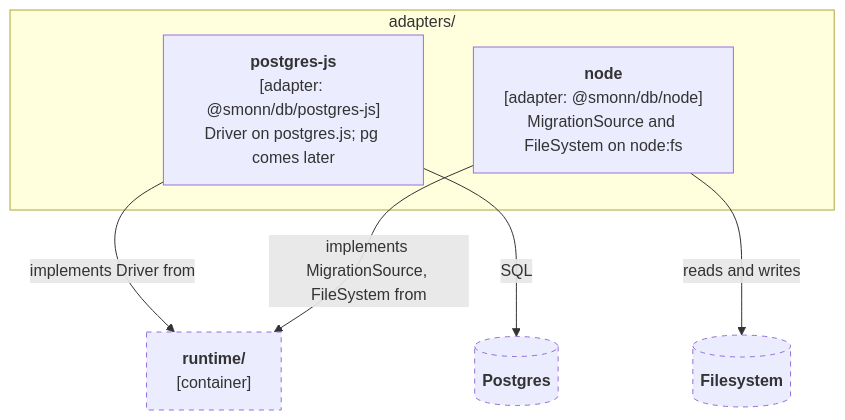
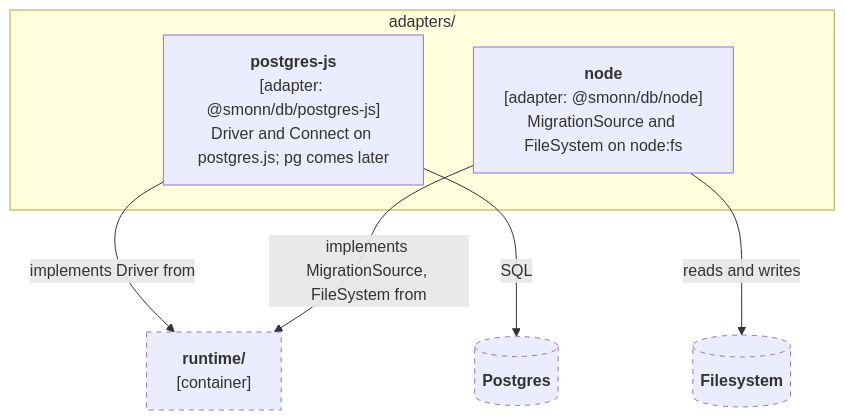
One commit to smonn/db changed the third of 8 diagrams in docs/architecture.md. Above: the diagram before and after it, drawn with Mermaid. The commit also changed other lines of this file and 34 other files, not shown here.

````diff
--- a/docs/architecture.md
+++ b/docs/architecture.md
@@ -64,19 +66,19 @@
 ```mermaid
 flowchart TB
   subgraph adapters["adapters/"]
-    pgjs["<b>postgres-js</b><br/>[adapter: @smonn/db/postgres-js]<br/>Driver on postgres.js; pg comes later"]
+    pgjs["<b>postgres-js</b><br/>[adapter: @smonn/db/postgres-js]<br/>Driver and Connect on postgres.js; pg comes later"]
     node["<b>node</b><br/>[adapter: @smonn/db/node]<br/>MigrationSource and FileSystem on node:fs"]
   end
 
   runtime["<b>runtime/</b><br/>[container]"]
   pg[("<b>Postgres</b>")]
   fs[("<b>Filesystem</b>")]
 
   pgjs -- "implements Driver from" --> runtime
   node -- "implements MigrationSource, FileSystem from" --> runtime
   pgjs -- "SQL" --> pg
   node -- "reads and writes" --> fs
 
   classDef external stroke-dasharray: 5 5
   class runtime,pg,fs external
 ```
````
